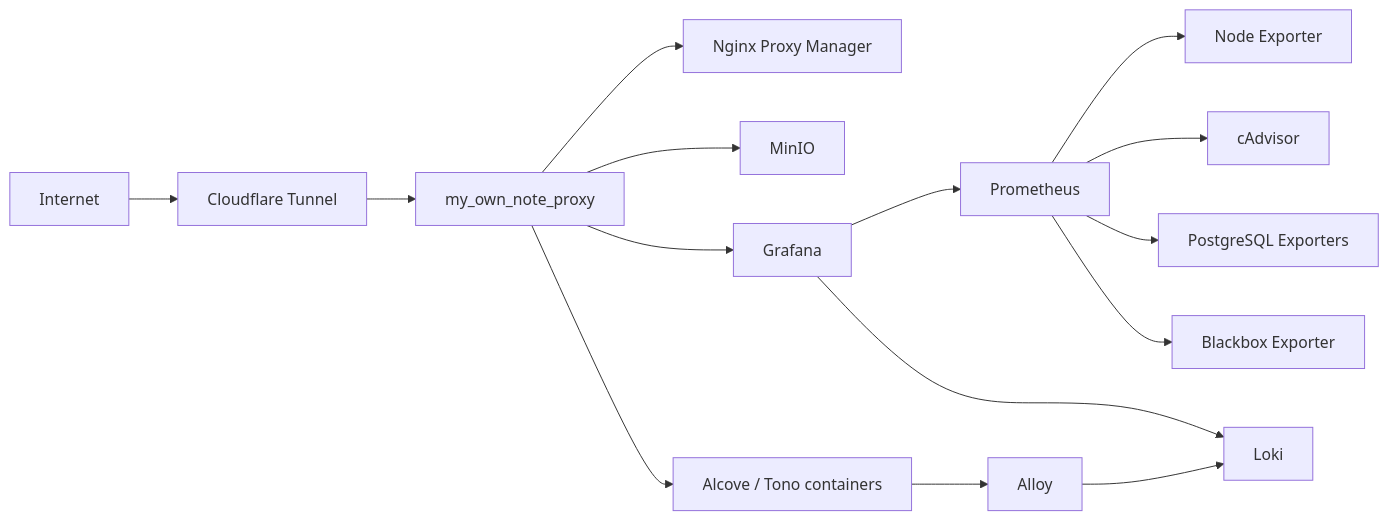
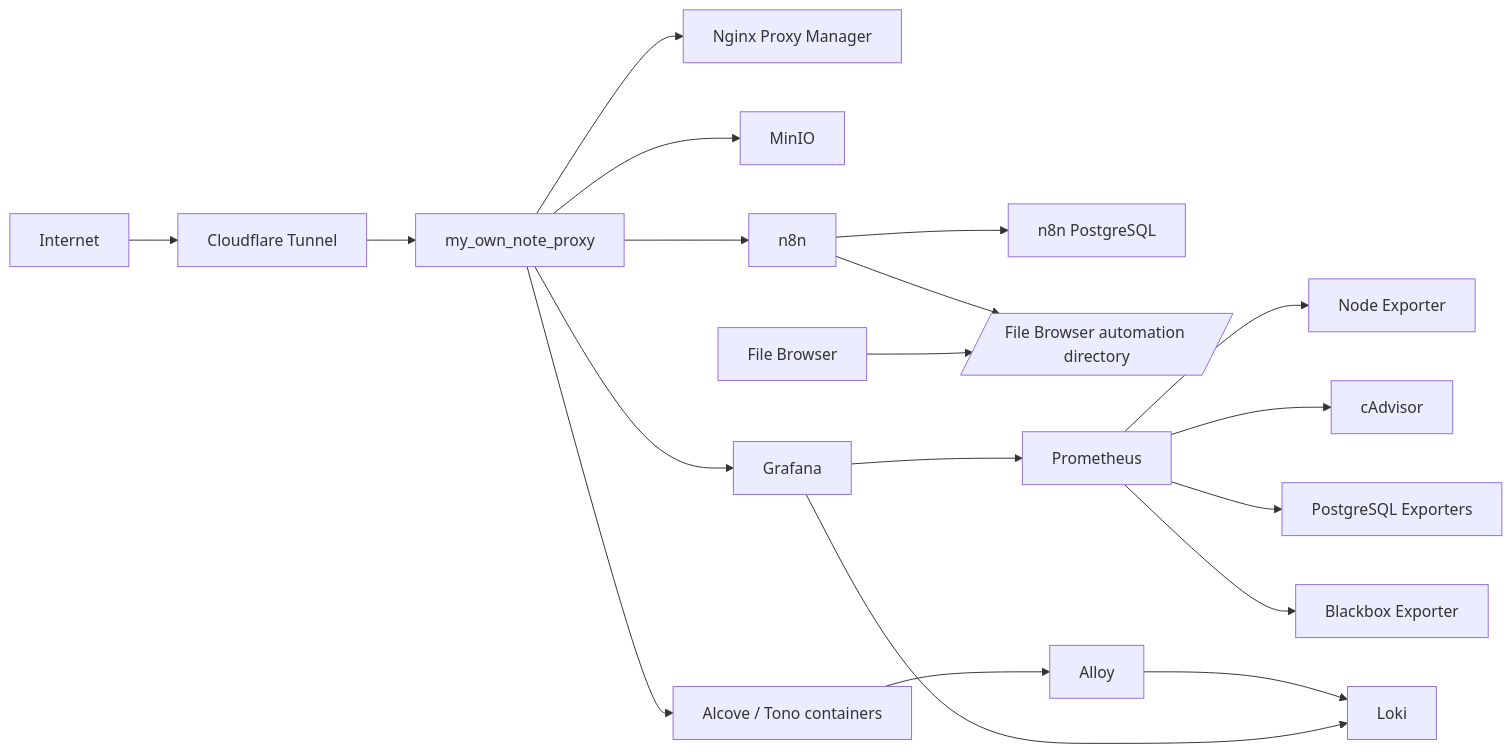
One commit to ParkSuJeong74/my_own_note changed the diagram in README.md. Above: the diagram before and after it, drawn with Mermaid. The commit also changed other lines of this file and 5 other files, not shown here.

Commit message:
feat: add n8n automation service with PostgreSQL support and update documentation

````diff
--- a/README.md
+++ b/README.md
@@ -11,20 +11,25 @@
 ```mermaid
 flowchart LR
     Internet[Internet] --> CF[Cloudflare Tunnel]
     CF --> Proxy[my_own_note_proxy]
 
     Proxy --> NPM[Nginx Proxy Manager]
     Proxy --> MinIO[MinIO]
     Proxy --> Grafana[Grafana]
+    Proxy --> N8N[n8n]
     Proxy --> Apps[Alcove / Tono containers]
+
+    N8N --> N8NDB[n8n PostgreSQL]
+    N8N --> Shared[/File Browser automation directory/]
+    FileBrowser[File Browser] --> Shared
 
     Apps --> Alloy[Alloy]
     Alloy --> Loki[Loki]
 
     Prometheus --> Node[Node Exporter]
     Prometheus --> Cadvisor[cAdvisor]
     Prometheus --> Postgres[PostgreSQL Exporters]
     Prometheus --> Blackbox[Blackbox Exporter]
     Grafana --> Prometheus
     Grafana --> Loki
 ```
````
